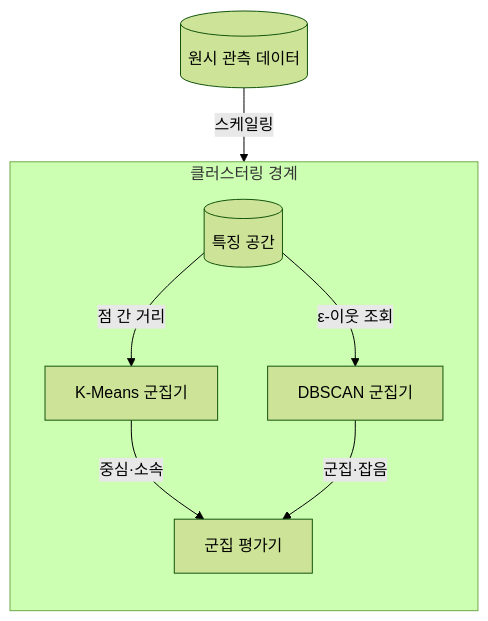
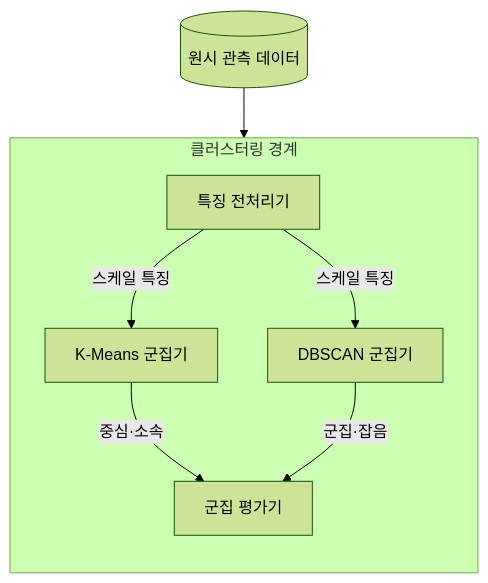
The first of 2 diagrams in src/content/docs/notes/01-basic-theory/035_clustering.md (agnusdei1207/knowledge-base), drawn with Mermaid (forest theme) before and after one commit. The commit also changed other lines of this file and 10 other files, not shown here.

````diff
--- a/src/content/docs/notes/01-basic-theory/035_clustering.md
+++ b/src/content/docs/notes/01-basic-theory/035_clustering.md
@@ -65,16 +69,16 @@
 ```mermaid
 flowchart TB
     R[(원시 관측 데이터)]
     subgraph CL[클러스터링 경계]
         direction TB
-        F[(특징 공간)]
+        P[특징 전처리기]
         K[K-Means 군집기]
         D[DBSCAN 군집기]
         E[군집 평가기]
-        F -->|점 간 거리| K
-        F -->|ε-이웃 조회| D
+        P -->|스케일 특징| K
+        P -->|스케일 특징| D
         K -->|중심·소속| E
         D -->|군집·잡음| E
     end
-    R -->|스케일링| F
+    R --> P
 ```
````
